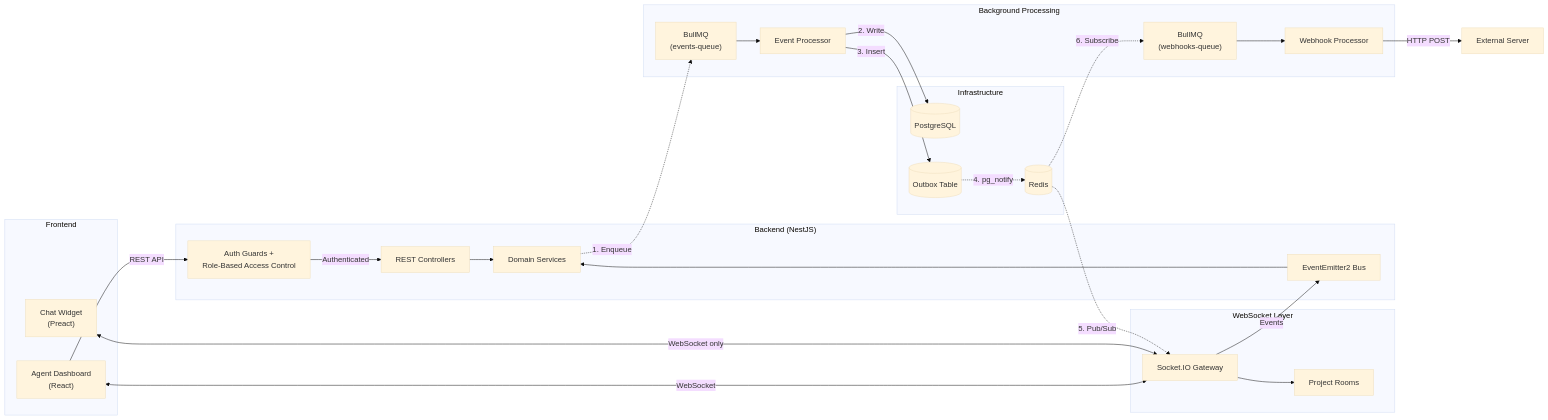
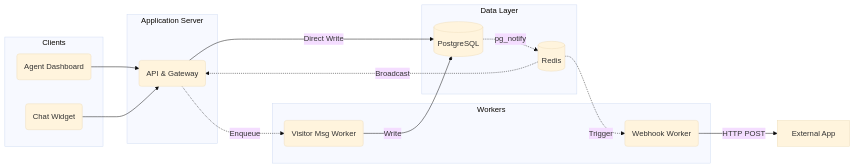
Before and after one commit to doananhhung/livechat: the second of 5 diagrams in presentation/pages/hung.md, drawn with Mermaid (base theme). The commit also changed other lines of this file and 6 other files, not shown here.

````diff
--- a/presentation/pages/hung.md
+++ b/presentation/pages/hung.md
@@ -146,59 +146,40 @@
 ```mermaid
 flowchart LR
-    subgraph Frontend
-        Dashboard["Agent Dashboard <br/> (React)"]
-        Widget["Chat Widget <br/> (Preact)"]
+    subgraph Frontend [Clients]
+        Dashboard("Agent Dashboard")
+        Widget("Chat Widget")
     end
 
-    subgraph WSLayer["WebSocket Layer"]
-        SIO["Socket.IO Gateway"]
-        Rooms["Project Rooms"]
+    subgraph App [Application Server]
+        API("API & Gateway")
     end
 
-    subgraph Backend["Backend (NestJS)"]
-        Guards["Auth Guards + <br/> Role-Based Access Control"]
-        API["REST Controllers"]
-        EventBus["EventEmitter2 Bus"]
-        Services["Domain Services"]
+    subgraph Background [Workers]
+        VisitorWorker("Visitor Msg Worker")
+        WebhookWorker("Webhook Worker")
     end
 
-    subgraph Workers["Background Processing"]
-        EventQueue["BullMQ <br/> (events-queue)"]
-        EventProcessor["Event Processor"]
-        WebhooksQueue["BullMQ <br/> (webhooks-queue)"]
-        WebhookProcessor["Webhook Processor"]
-    end
-
-    subgraph Infra["Infrastructure"]
-        PG[("PostgreSQL")]
-        Outbox[("Outbox Table")]
+    subgraph Data [Data Layer]
+        DB[("PostgreSQL")]
         Redis[("Redis")]
     end
 
-    %% Frontend connections
-    Dashboard -->|"REST API"| Guards
-    Dashboard <-->|"WebSocket"| SIO
-    Widget <-->|"WebSocket only"| SIO
+    External["External App"]
 
-    %% Auth flow
-    Guards -->|"Authenticated"| API
-    API --> Services
+    %% 1. Agent Flow (Sync) - DIRECT
+    Dashboard --> API
+    API -->|"Direct Write"| DB
 
-    %% WebSocket to Backend
-    SIO --> Rooms
-    SIO -->|"Events"| EventBus
-    EventBus --> Services
+    %% 2. Visitor Flow (Async) - QUEUED
+    Widget --> API
+    API -.->|"Enqueue"| VisitorWorker
+    VisitorWorker -->|"Write"| DB
 
-    %% NEW: Correct message flow
-    Services -.->|"1. Enqueue"| EventQueue
-    EventQueue --> EventProcessor
-    EventProcessor -->|"2. Write"| PG
-    EventProcessor -->|"3. Insert"| Outbox
-    Outbox -.->|"4. pg_notify"| Redis
-    Redis -.->|"5. Pub/Sub"| SIO
+    %% 3. Realtime Broadcast (Outbox Pattern)
+    DB -.->|"pg_notify"| Redis
+    Redis -.->|"Broadcast"| API
     
-    %% Webhook flow
-    Redis -.->|"6. Subscribe"| WebhooksQueue
-    WebhooksQueue --> WebhookProcessor
-    WebhookProcessor -->|"HTTP POST"| External["External Server"]
+    %% 4. Webhooks
+    Redis -.->|"Trigger"| WebhookWorker
+    WebhookWorker -->|"HTTP POST"| External
 ```
````
